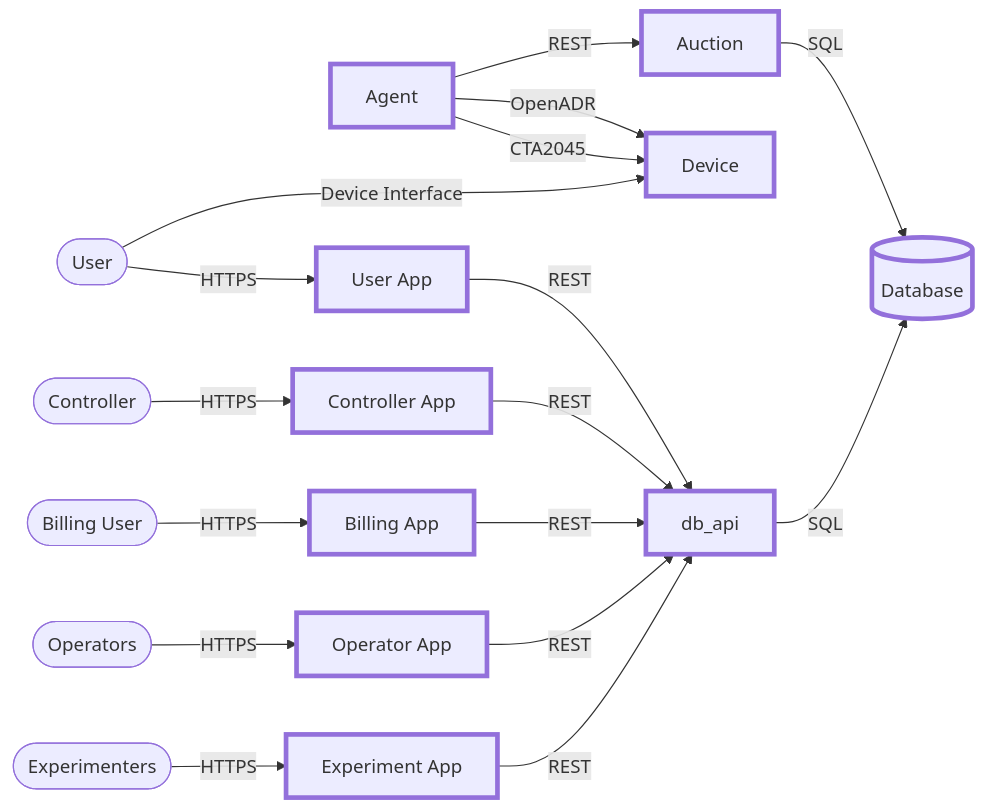
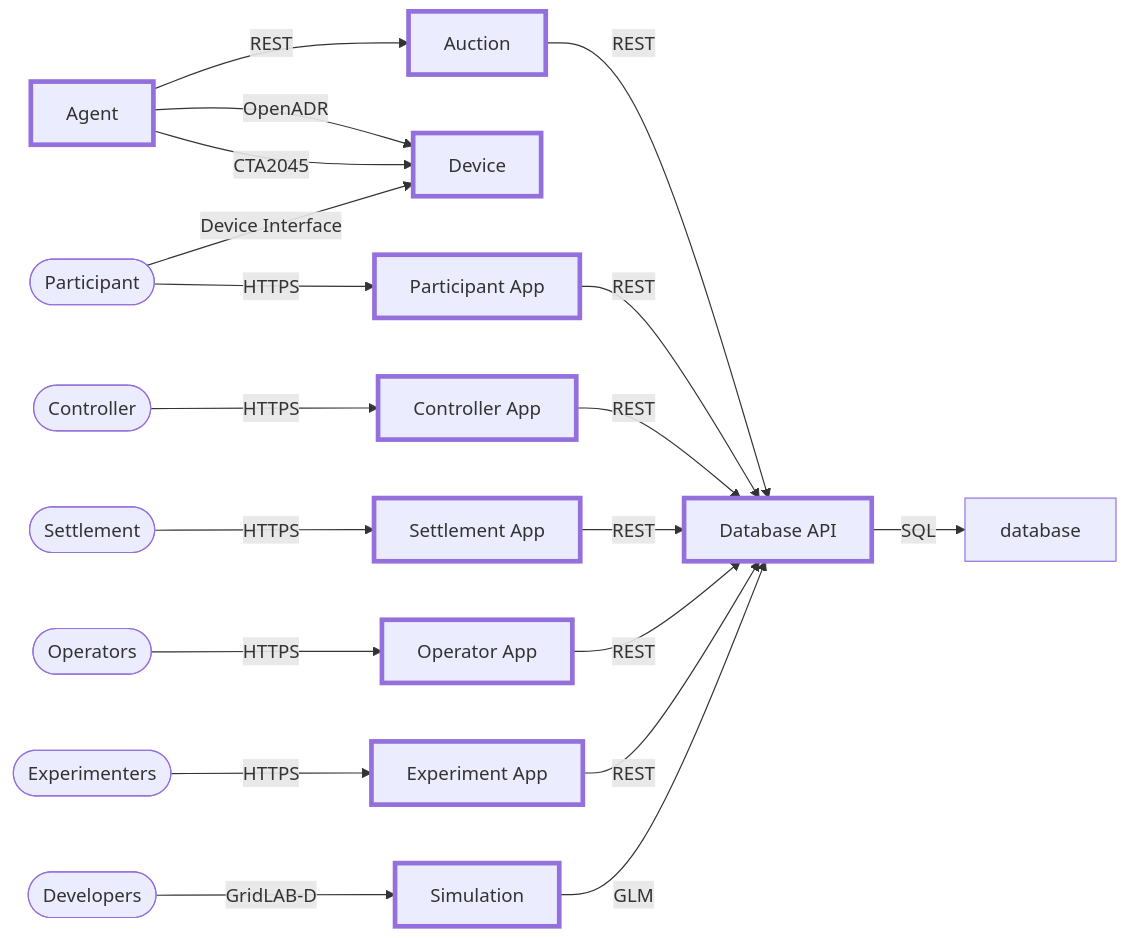
Before and after one commit to aivanova5/design: the second of 2 diagrams in docs/README.md, drawn with Mermaid. The commit also changed other lines of this file, not shown here.

````diff
--- a/docs/README.md
+++ b/docs/README.md
@@ -66,35 +66,37 @@
 ```mermaid
 flowchart LR
 
   classDef active stroke-width:4px;
 
   agent[Agent]:::active --"REST"--> auction[Auction]:::active
     click agent "https://github.co/postroad-energy/design/blob/main/docs/agent.md" _blank
     click auction "https://github.com/postroad-energy/design/blob/main/docs/auction.md" _blank
     
   agent --"OpenADR"--> device[Device]:::active
   agent --"CTA2045"--> device
     click device "https://github.com/postroad-energy/design/blob/main/docs/device.md" _blank
   
-  user --Device Interface--> device
+  participant --Device Interface--> device
   
-  auction --"SQL"--> database[(Database)]:::active
+  auction --"REST"--> database_api
     click database "https://github.com/postroad-energy/design/blob/main/docs/database.md" _blank
   
-  user([User]) --HTTPS--> user_app[User App]:::active --REST--> database_api[db_api]:::active --SQL--> database
-    click user_app "https://github.com/tess-cc/design/blob/main/docs/users.md" _blank
+  participant([Participant]) --HTTPS--> participant_app[Participant App]:::active --REST--> database_api[Database API]:::active --SQL--> database
+    click participant_app "https://github.com/tess-cc/design/blob/main/docs/participants.md" _blank
     click db_api "https://github.co/postroad-energy/design/blob/main/docs/database.md" _blank
 
   controller([Controller]) --HTTPS--> controller_app[Controller App]:::active --REST--> database_api
       click controller_app "https://github.com/postroad-energy/design/blob/main/docs/controller.md" _blank
 
-  billing([Billing User]) --HTTPS--> billing_app[Billing App]:::active --REST--> database_api
-      click billing_app "https://github.com/postroad-energy/design/blob/main/docs/billing.md" _blank
+  settlement([Settlement]) --HTTPS--> settlement_app[Settlement App]:::active --REST--> database_api
+      click settlement_app "https://github.com/postroad-energy/design/blob/main/docs/settlement.md" _blank
 
   operators([Operators]) --HTTPS--> operator_app[Operator App]:::active --REST--> database_api
       click operator_app "https://github.com/postroad-energy/design/blob/main/docs/operators.md" _blank
 
   experiment([Experimenters]) --HTTPS--> experiment_app[Experiment App]:::active --REST--> database_api
       click experiment_app "https://github.com/postroad-energy/design/blob/main/docs/experimenters.md" _blank
 
+  developer([Developers]) --GridLAB-D--> simulation[Simulation]:::active --GLM--> database_api
+      click simulation "https://github.com/postroad-energy/design/blob/main/docs/simulation.md" _blank
 ```
````
